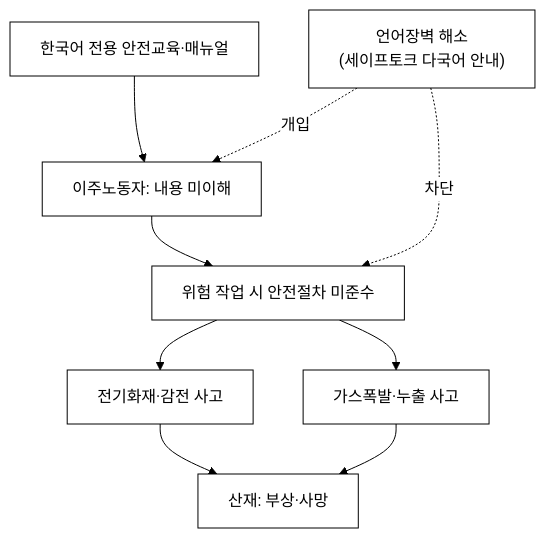
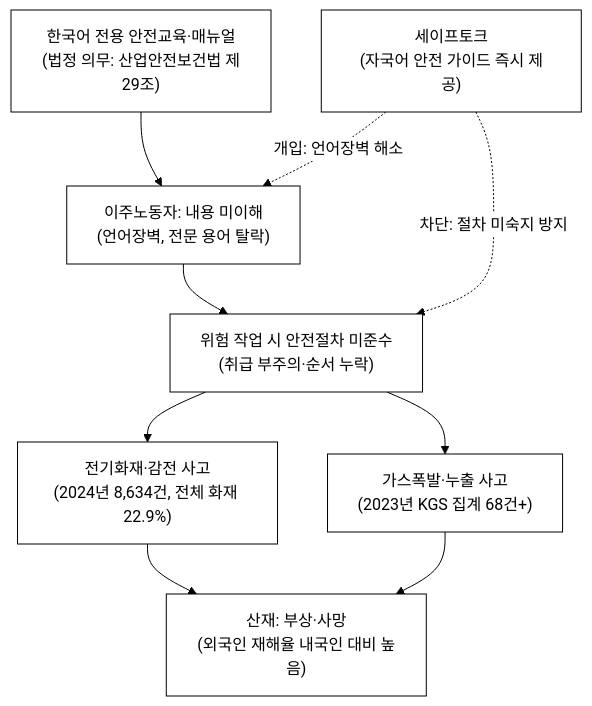
The third of 5 diagrams in 29-다국어-산업안전가이드/biz/1_제안서.md (iamywl/pulicdata-congress), drawn with Mermaid before and after one commit. The commit also changed other lines of this file and 10 other files, not shown here.

First line of the commit message:
배치5(24~30) 그림·분량 보강 — 흑백 Mermaid 5개씩

````diff
--- a/29-다국어-산업안전가이드/biz/1_제안서.md
+++ b/29-다국어-산업안전가이드/biz/1_제안서.md
@@ -95,12 +158,14 @@
 ```mermaid
 %%{init: {'theme':'base','themeVariables':{'background':'#ffffff','primaryColor':'#ffffff','primaryBorderColor':'#000000','primaryTextColor':'#000000','secondaryColor':'#ffffff','secondaryBorderColor':'#000000','secondaryTextColor':'#000000','tertiaryColor':'#ffffff','tertiaryBorderColor':'#000000','tertiaryTextColor':'#000000','mainBkg':'#ffffff','secondBkg':'#ffffff','lineColor':'#000000','textColor':'#000000','clusterBkg':'#ffffff','clusterBorder':'#000000','edgeLabelBackground':'#ffffff','actorBkg':'#ffffff','actorBorder':'#000000','noteBkgColor':'#ffffff','noteBorderColor':'#000000','signalColor':'#000000','signalTextColor':'#000000','fontFamily':'Georgia, serif'}}}%%
 flowchart TD
-    A["한국어 전용 안전교육·매뉴얼"] --> B["이주노동자: 내용 미이해"]
-    B --> C["위험 작업 시 안전절차 미준수"]
-    C --> D1["전기화재·감전 사고"]
-    C --> D2["가스폭발·누출 사고"]
-    D1 --> E["산재: 부상·사망"]
+    A["한국어 전용 안전교육·매뉴얼\n(법정 의무: 산업안전보건법 제29조)"] --> B["이주노동자: 내용 미이해\n(언어장벽, 전문 용어 탈락)"]
+    B --> C["위험 작업 시 안전절차 미준수\n(취급 부주의·순서 누락)"]
+    C --> D1["전기화재·감전 사고\n(2024년 8,634건, 전체 화재 22.9%)"]
+    C --> D2["가스폭발·누출 사고\n(2023년 KGS 집계 68건+)"]
+    D1 --> E["산재: 부상·사망\n(외국인 재해율 내국인 대비 높음)"]
     D2 --> E
-    F["언어장벽 해소\n(세이프토크 다국어 안내)"] -.->|개입| B
-    F -.->|차단| C
+    F["세이프토크\n(자국어 안전 가이드 즉시 제공)"] -.->|개입: 언어장벽 해소| B
+    F -.->|차단: 절차 미숙지 방지| C
+    style F fill:#ffffff,stroke:#000000
+    style E fill:#ffffff,stroke:#000000
 ```
````
